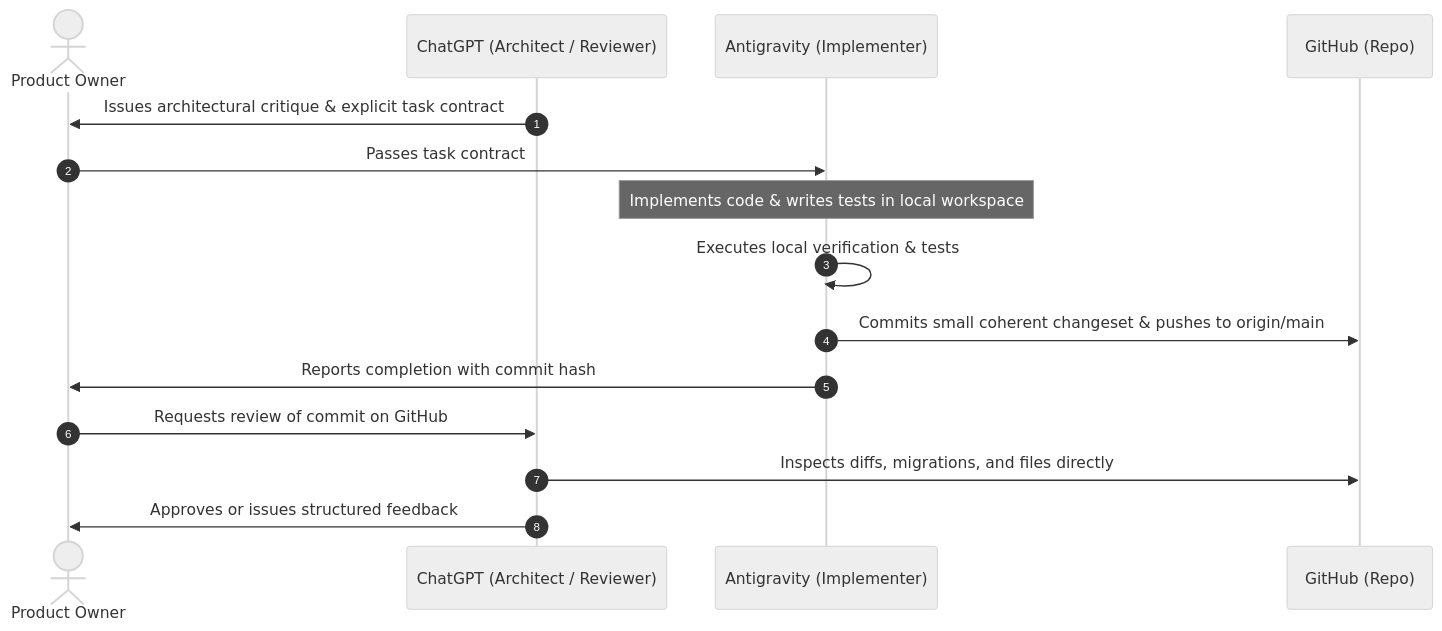
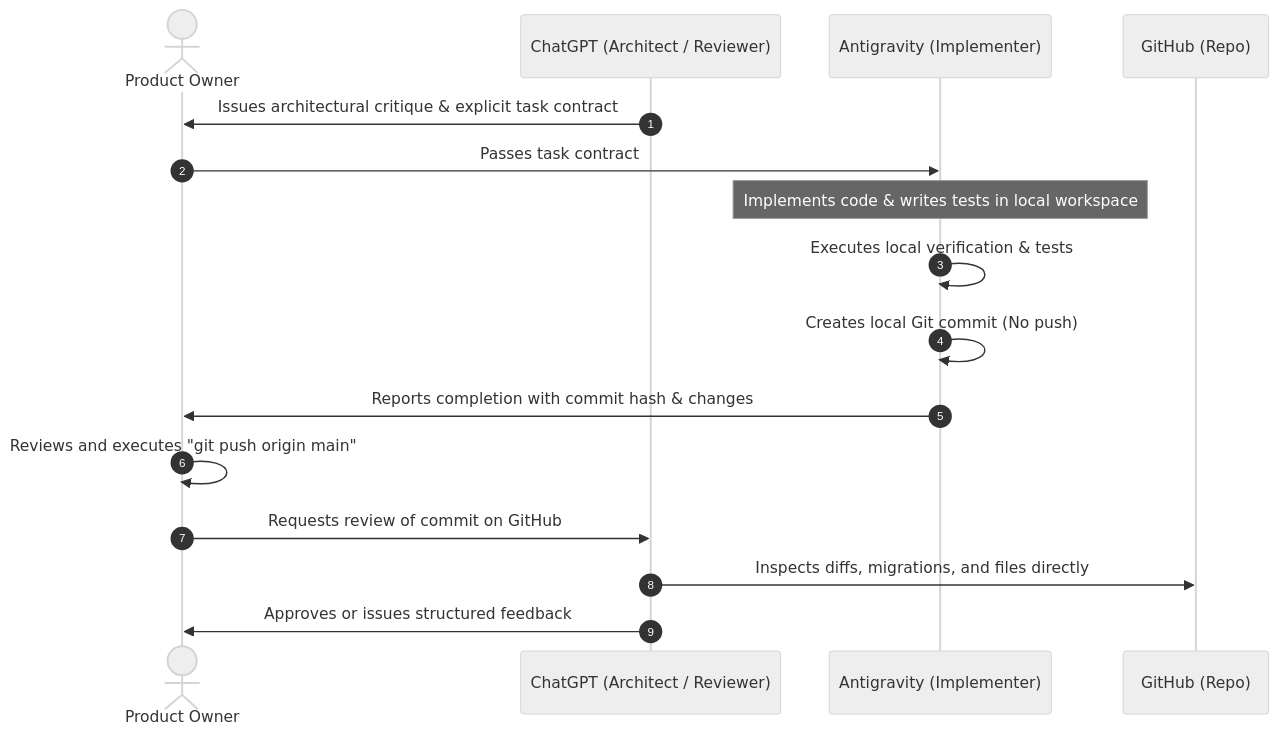
Before and after one commit to chisaligiftnkosinathi-rgb/South_Africa_Government_Intelligence: the diagram in docs/architecture/agent_operating_contract.md, drawn with Mermaid (neutral theme). The commit also changed other lines of this file and 2 other files, not shown here.

Commit message:
docs: define evidence and provenance architecture

````diff
--- a/docs/architecture/agent_operating_contract.md
+++ b/docs/architecture/agent_operating_contract.md
@@ -20,18 +20,19 @@
 ```mermaid
 sequenceDiagram
     autonumber
     actor User as Product Owner
     participant GPT as ChatGPT (Architect / Reviewer)
     participant AGY as Antigravity (Implementer)
     participant GH as GitHub (Repo)
 
     GPT->>User: Issues architectural critique & explicit task contract
     User->>AGY: Passes task contract
     Note over AGY: Implements code & writes tests in local workspace
     AGY->>AGY: Executes local verification & tests
-    AGY->>GH: Commits small coherent changeset & pushes to origin/main
-    AGY->>User: Reports completion with commit hash
+    AGY->>AGY: Creates local Git commit (No push)
+    AGY->>User: Reports completion with commit hash & changes
+    User->>User: Reviews and executes "git push origin main"
     User->>GPT: Requests review of commit on GitHub
     GPT->>GH: Inspects diffs, migrations, and files directly
     GPT->>User: Approves or issues structured feedback
 ```
````
